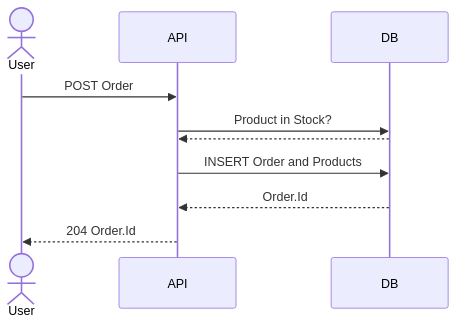
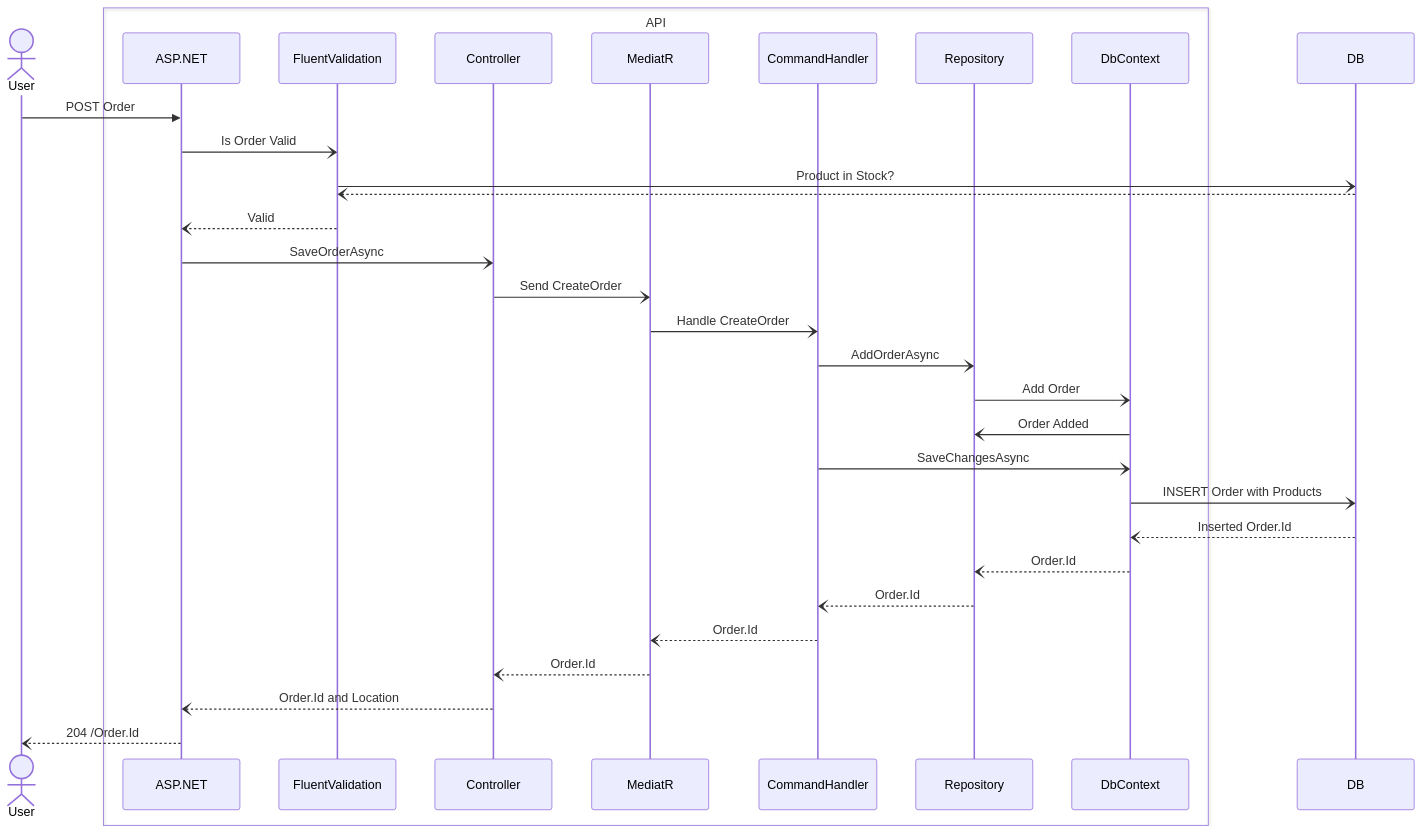
The first of 3 diagrams in README.md (YakudzaBY/Company.Ordering), drawn with Mermaid before and after one commit.

Commit message:
Detalise Sequence diagram

````diff
--- a/README.md
+++ b/README.md
@@ -11,10 +11,33 @@
 ```mermaid
 sequenceDiagram
     actor User
-    User->>API: POST Order
-    API->>DB: Product in Stock?
-    DB-->>API: 
-    API->>DB: INSERT Order and Products
-    DB-->>API: Order.Id
-    API-->>User: 204 Order.Id
+    box API
+    participant ASP.NET
+    participant Validation as FluentValidation
+    participant Controller
+    participant MediatR
+    participant CommandHandler
+    participant Repository
+    participant DbContext
+    end
+    User->>ASP.NET: POST Order
+    ASP.NET-)Validation: Is Order Valid
+    Validation-)DB: Product in Stock?
+    DB--)Validation: 
+    Validation--)ASP.NET: Valid
+    ASP.NET-)Controller: SaveOrderAsync
+    Controller-)MediatR: Send CreateOrder
+    MediatR-)CommandHandler: Handle CreateOrder
+    CommandHandler-)Repository: AddOrderAsync
+    Repository-)DbContext: Add Order
+    DbContext-)Repository: Order Added
+    CommandHandler-)DbContext: SaveChangesAsync
+    DbContext-)DB: INSERT Order with Products
+    DB--)DbContext: Inserted Order.Id
+    DbContext--)Repository: Order.Id
+    Repository--)CommandHandler: Order.Id
+    CommandHandler--)MediatR: Order.Id
+    MediatR--)Controller: Order.Id
+    Controller--)ASP.NET: Order.Id and Location
+    ASP.NET--)User: 204 /Order.Id
 ```
````
